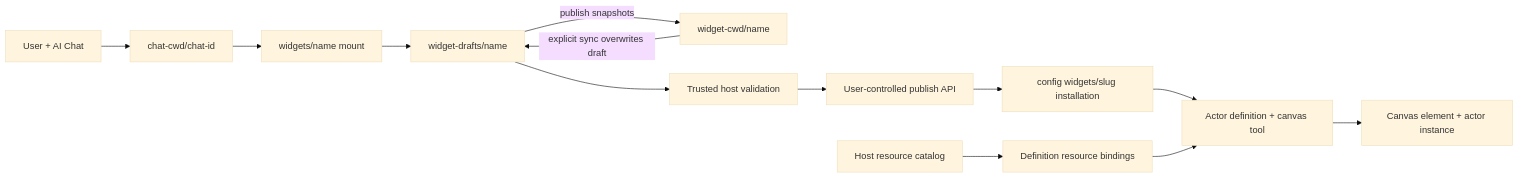
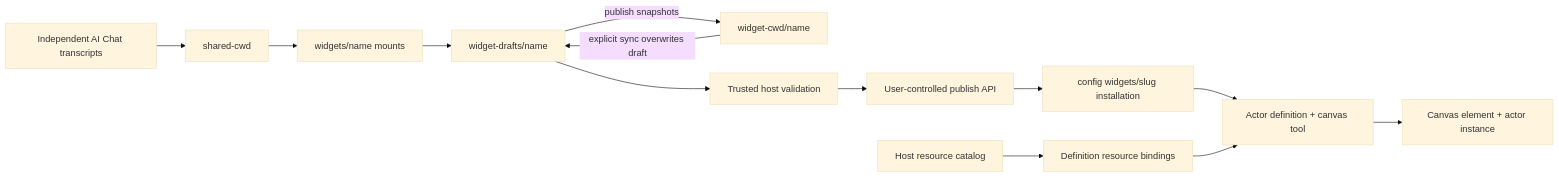
Before and after one commit to omnidraw/omnidraw: the diagram in docs/internal/llm.widget-system.md, drawn with Mermaid (base theme). The commit also changed other lines of this file and 75 other files, not shown here.

Commit message:
feat(ai-chat): implement shared draft workflow

````diff
--- a/docs/internal/llm.widget-system.md
+++ b/docs/internal/llm.widget-system.md
@@ -14,15 +14,15 @@
 ```mermaid
 flowchart LR
-  U["User + AI Chat"] --> C["chat-cwd/chat-id"]
-  C --> M["widgets/name mount"]
+  U["Independent AI Chat transcripts"] --> C["shared-cwd"]
+  C --> M["widgets/name mounts"]
   M --> D["widget-drafts/name"]
   P["widget-cwd/name"] -->|"explicit sync overwrites draft"| D
   D --> V["Trusted host validation"]
   V --> H["User-controlled publish API"]
   D -->|"publish snapshots"| P
   H --> I["config widgets/slug installation"]
   I --> A["Actor definition + canvas tool"]
   A --> E["Canvas element + actor instance"]
   R["Host resource catalog"] --> B["Definition resource bindings"]
   B --> A
 ```
````
